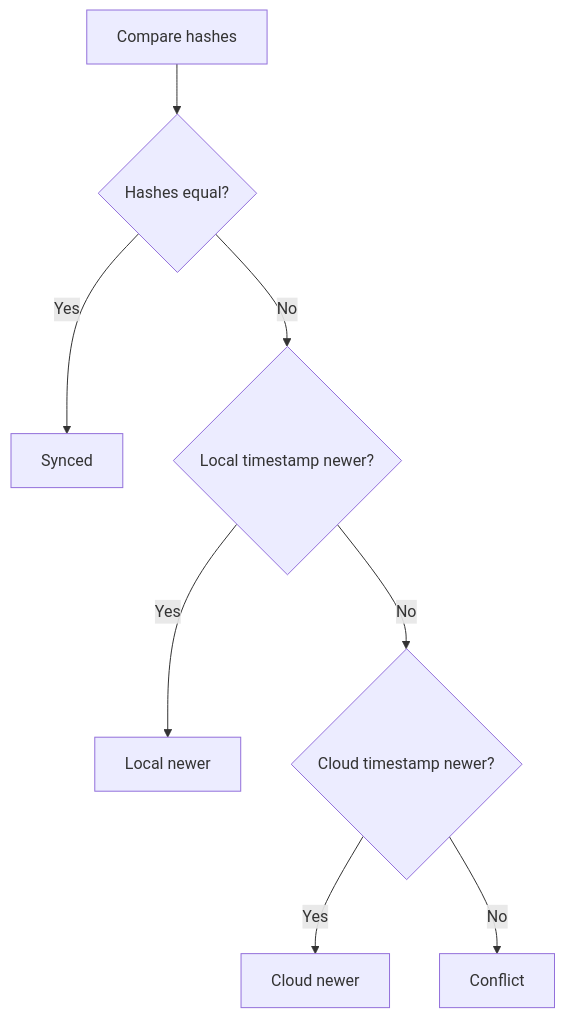
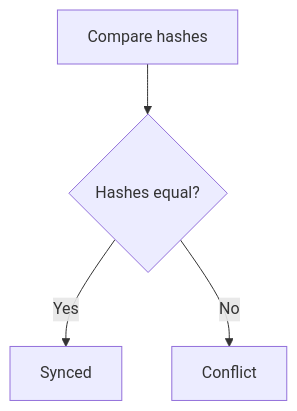
One commit to d1p/savesync changed the second of 6 diagrams in docs/TECHNICAL.md. Above: the diagram before and after it, drawn with Mermaid. The commit also changed other lines of this file and 15 other files, not shown here.

````diff
--- a/docs/TECHNICAL.md
+++ b/docs/TECHNICAL.md
@@ -114,10 +113,6 @@
 ```mermaid
 flowchart TD
     A[Compare hashes] --> B{Hashes equal?}
     B -->|Yes| C[Synced]
-    B -->|No| D{Local timestamp newer?}
-    D -->|Yes| E[Local newer]
-    D -->|No| F{Cloud timestamp newer?}
-    F -->|Yes| G[Cloud newer]
-    F -->|No| H[Conflict]
+    B -->|No| H[Conflict]
 ```
````
